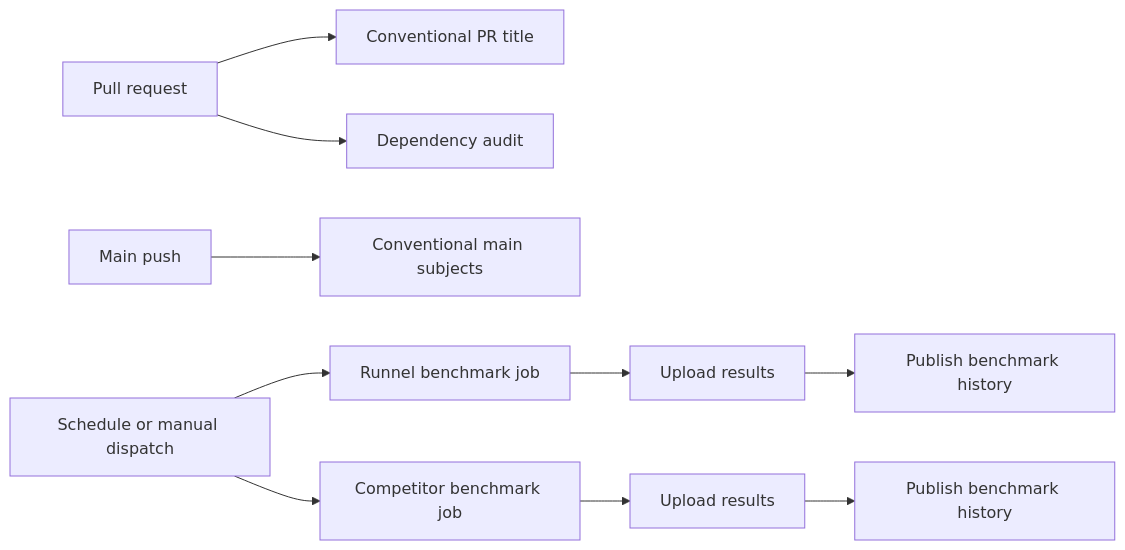
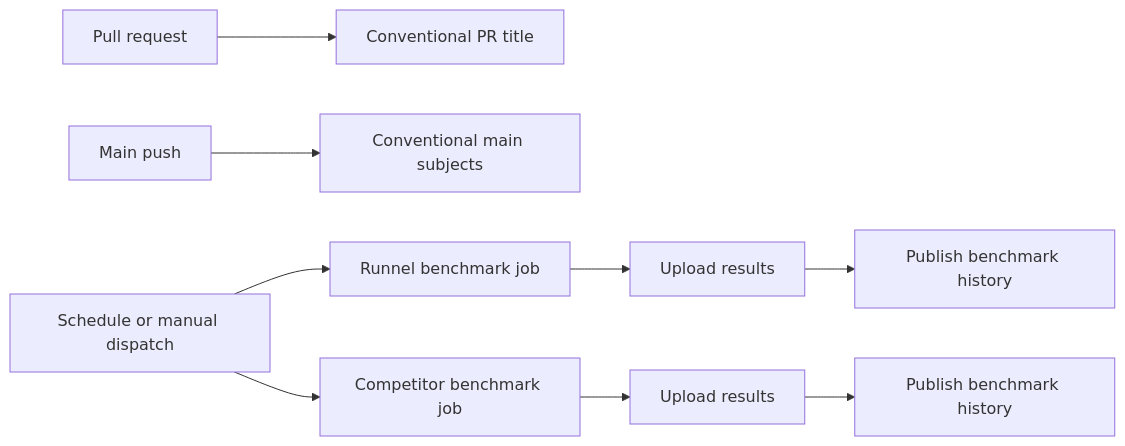
Before and after one commit to winrarr/runnel: the second of 2 diagrams in docs/design/ci-pipeline.md, drawn with Mermaid. The commit also changed other lines of this file and 4 other files, not shown here.

````diff
--- a/docs/design/ci-pipeline.md
+++ b/docs/design/ci-pipeline.md
@@ -64,14 +78,13 @@
 ```mermaid
 flowchart LR
     pr[Pull request] --> title[Conventional PR title]
-    pr --> security[Dependency audit]
     push[Main push] --> subjects[Conventional main subjects]
 
     schedule[Schedule or manual dispatch] --> runnel_bench[Runnel benchmark job]
     runnel_bench --> runnel_artifact[Upload results]
     runnel_artifact --> runnel_publish[Publish benchmark history]
 
     schedule --> competitor_bench[Competitor benchmark job]
     competitor_bench --> competitor_artifact[Upload results]
     competitor_artifact --> competitor_publish[Publish benchmark history]
 ```
````
